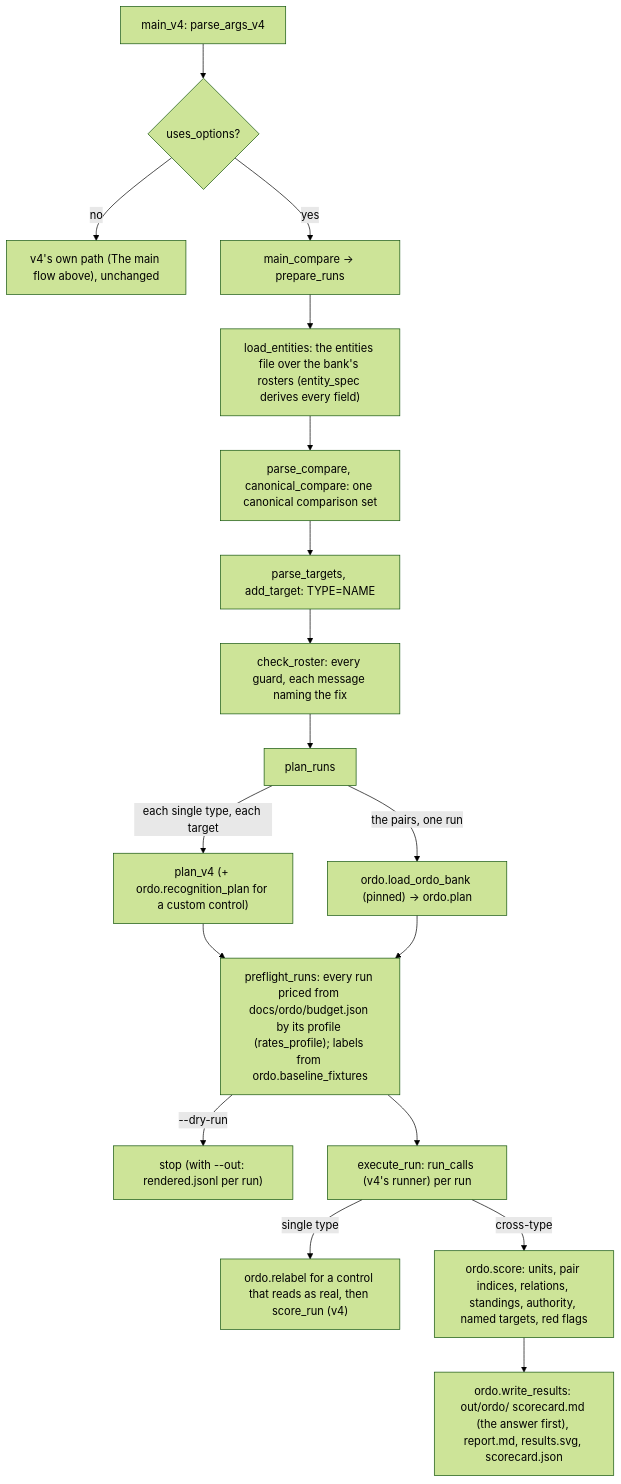
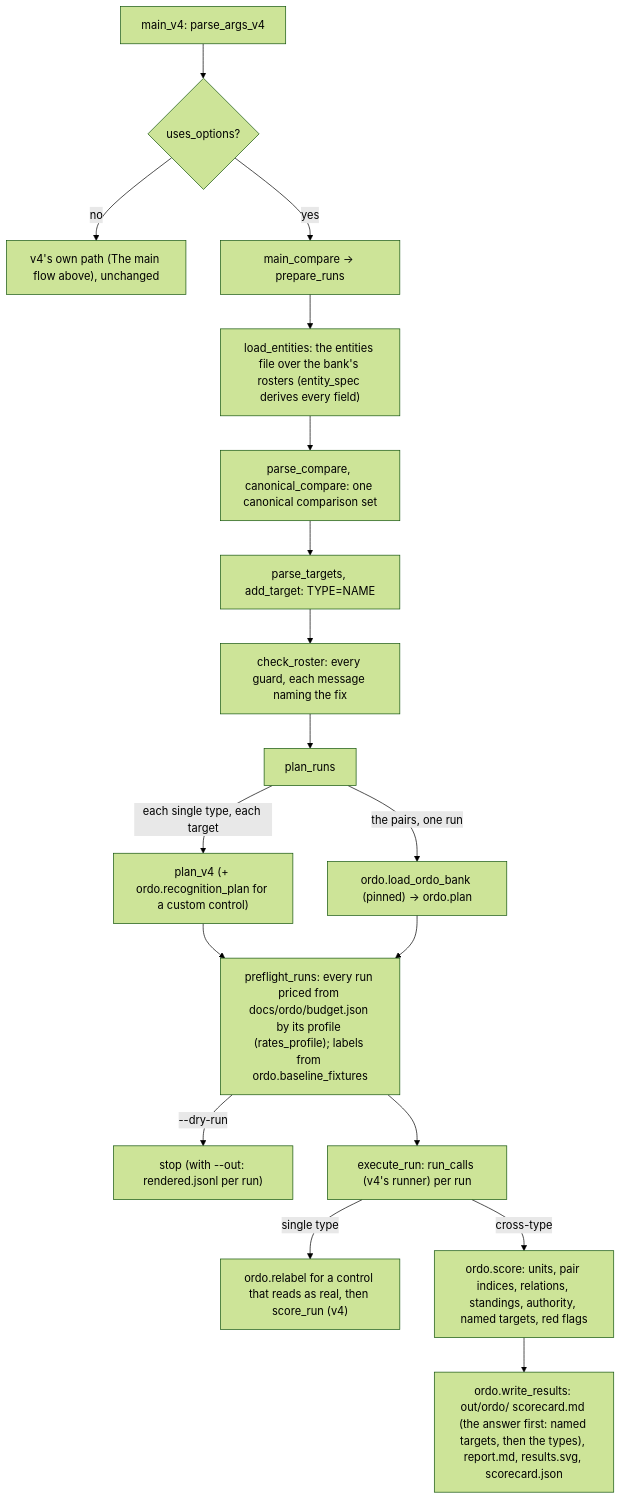
One commit to EphraiemSarabamoun/probatio changed the second of 4 diagrams in Human.md. Above: the diagram before and after it, drawn with Mermaid (forest theme). The commit also changed other lines of this file and 16 other files, not shown here.

````diff
--- a/Human.md
+++ b/Human.md
@@ -108,20 +111,20 @@
 ```mermaid
 flowchart TD
     A["main_v4: parse_args_v4"] --> B{"uses_options?"}
     B -->|no| V["v4's own path (The main flow above), unchanged"]
     B -->|yes| C["main_compare -> prepare_runs"]
     C --> D["load_entities: the entities file over the bank's rosters (entity_spec derives every field)"]
     D --> E["parse_compare, canonical_compare: one canonical comparison set"]
     E --> F["parse_targets, add_target: TYPE=NAME"]
     F --> G["check_roster: every guard, each message naming the fix"]
     G --> H["plan_runs"]
     H -->|each single type, each target| I["plan_v4 (+ ordo.recognition_plan for a custom control)"]
     H -->|the pairs, one run| J["ordo.load_ordo_bank (pinned) -> ordo.plan"]
     I --> K["preflight_runs: every run priced from docs/ordo/budget.json by its profile (rates_profile); labels from ordo.baseline_fixtures"]
     J --> K
     K -->|--dry-run| Z["stop (with --out: rendered.jsonl per run)"]
     K --> L["execute_run: run_calls (v4's runner) per run"]
     L -->|single type| M["ordo.relabel for a control that reads as real, then score_run (v4)"]
     L -->|cross-type| N["ordo.score: units, pair indices, relations, standings, authority, named targets, red flags"]
-    N --> O["ordo.write_results: out/ordo/ scorecard.md (the answer first), report.md, results.svg, scorecard.json"]
+    N --> O["ordo.write_results: out/ordo/ scorecard.md (the answer first: named targets, then the types), report.md, results.svg, scorecard.json"]
 ```
````
